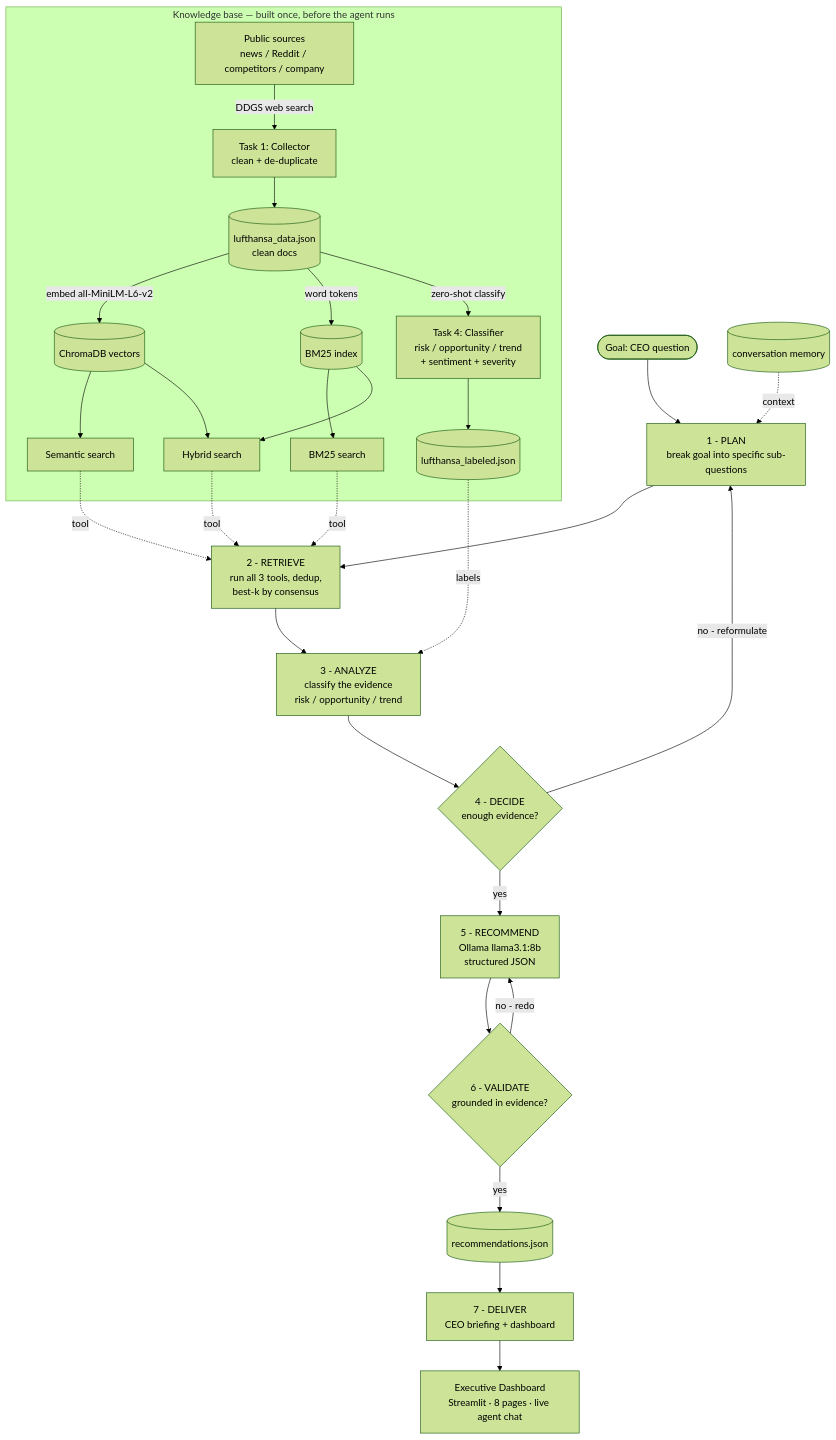
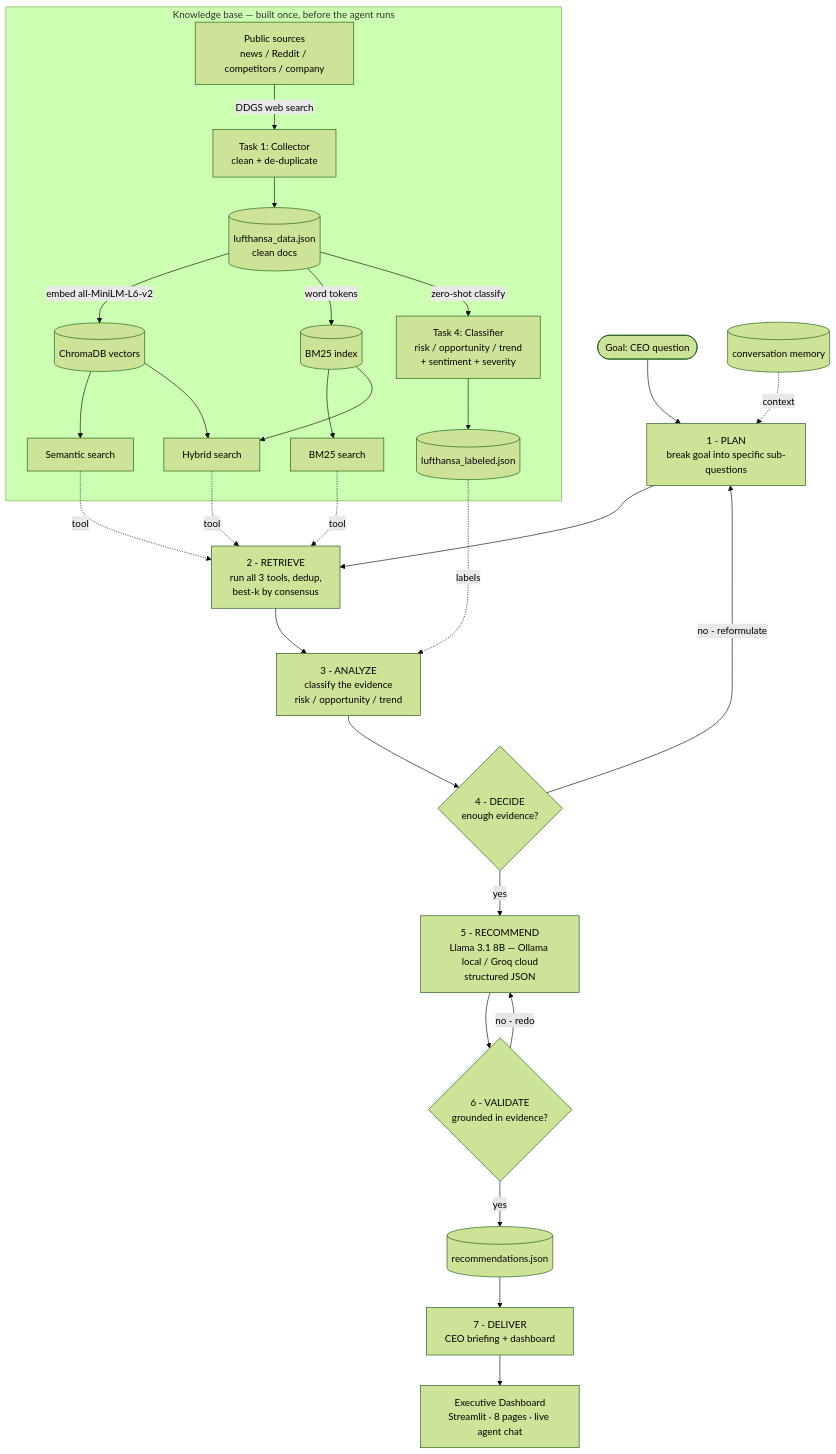
Before and after one commit to Nihalpujari/AI-CEO-Strategic-Intelligence-Agent-Lufthansa-airlines: the first of 2 diagrams in README.md, drawn with Mermaid (forest theme). The commit also changed other lines of this file and 7 other files, not shown here.

````diff
--- a/README.md
+++ b/README.md
@@ -109,36 +109,36 @@
 ```mermaid
 flowchart TD
     %% ---- RUN TIME: the agent reads top-to-bottom, in order ----
     GOAL([Goal: CEO question]) --> PLAN[1 - PLAN<br/>break goal into specific sub-questions]
     PLAN --> RETR[2 - RETRIEVE<br/>run all 3 tools, dedup,<br/>best-k by consensus]
     RETR --> ANALYZE[3 - ANALYZE<br/>classify the evidence<br/>risk / opportunity / trend]
     ANALYZE --> DECIDE{4 - DECIDE<br/>enough evidence?}
     DECIDE -->|no - reformulate| PLAN
-    DECIDE -->|yes| RECOMMEND[5 - RECOMMEND<br/>Ollama llama3.1:8b<br/>structured JSON]
+    DECIDE -->|yes| RECOMMEND[5 - RECOMMEND<br/>Llama 3.1 8B — Ollama local / Groq cloud<br/>structured JSON]
     RECOMMEND --> VALIDATE{6 - VALIDATE<br/>grounded in evidence?}
     VALIDATE -->|no - redo| RECOMMEND
     VALIDATE -->|yes| RECS[(recommendations.json)]
     RECS --> BRIEF[7 - DELIVER<br/>CEO briefing + dashboard]
     BRIEF --> DASH[Executive Dashboard<br/>Streamlit · 8 pages · live agent chat]
 
     %% ---- BUILD TIME: knowledge base, built once BEFORE the agent runs ----
     subgraph KB[Knowledge base — built once, before the agent runs]
         SOURCES[Public sources<br/>news / Reddit / competitors / company] -->|DDGS web search| COLLECT[Task 1: Collector<br/>clean + de-duplicate]
         COLLECT --> JSON[(lufthansa_data.json<br/>clean docs)]
         JSON -->|embed all-MiniLM-L6-v2| CHROMA[(ChromaDB vectors)]
         JSON -->|word tokens| BM25IDX[(BM25 index)]
         JSON -->|zero-shot classify| INTEL[Task 4: Classifier<br/>risk / opportunity / trend<br/>+ sentiment + severity]
         INTEL --> LABELED[(lufthansa_labeled.json)]
         CHROMA --> SEM[Semantic search]
         CHROMA --> HYB[Hybrid search]
         BM25IDX --> BM[BM25 search]
         BM25IDX --> HYB
     end
 
     %% ---- the build feeds the agent: 3 retrieval tools + labels + memory ----
     SEM -. tool .-> RETR
     BM  -. tool .-> RETR
     HYB -. tool .-> RETR
     LABELED -. labels .-> ANALYZE
     MEM[(conversation memory)] -. context .-> PLAN
 ```
````
